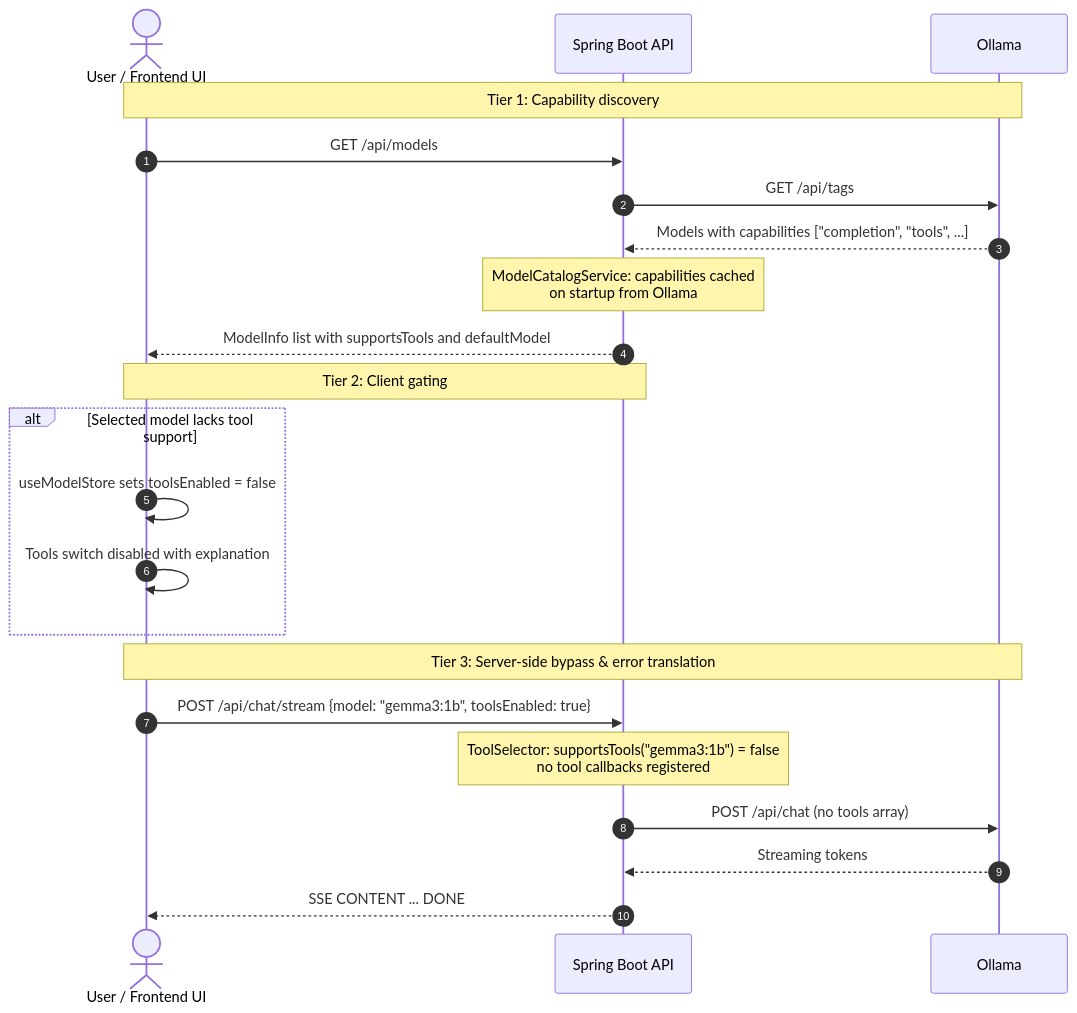
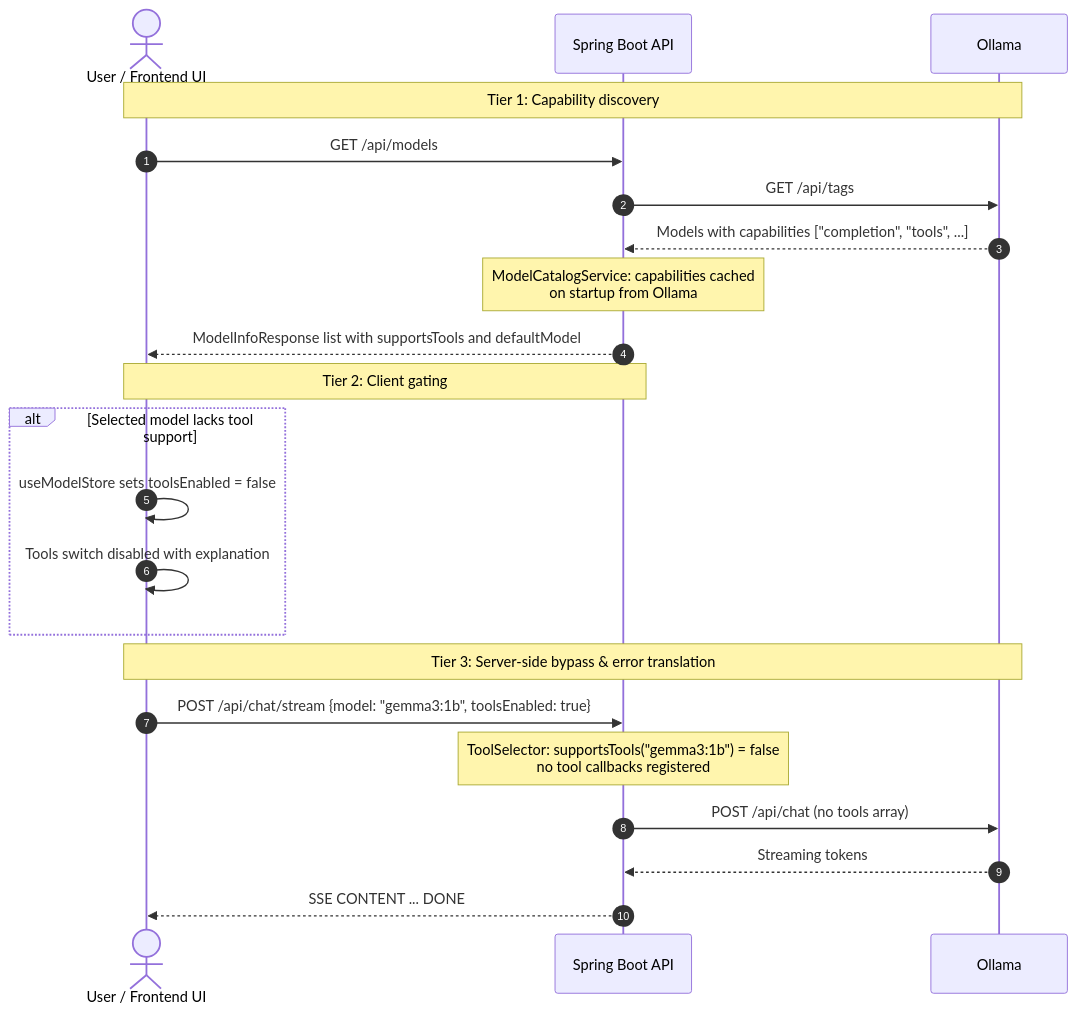
Before and after one commit to gitApurv/LocalMind: the fourth of 5 diagrams in docs/DESIGN.md, drawn with Mermaid. The commit also changed other lines of this file and 7 other files, not shown here.

````diff
--- a/docs/DESIGN.md
+++ b/docs/DESIGN.md
@@ -389,27 +389,27 @@
 ```mermaid
 sequenceDiagram
     autonumber
     actor User as User / Frontend UI
     participant Backend as Spring Boot API
     participant Ollama as Ollama
 
     Note over User, Ollama: Tier 1: Capability discovery
     User->>Backend: GET /api/models
     Backend->>Ollama: GET /api/tags
     Ollama-->>Backend: Models with capabilities ["completion", "tools", ...]
     Note over Backend: ModelCatalogService: capabilities cached<br/>on startup from Ollama
-    Backend-->>User: ModelInfo list with supportsTools and defaultModel
+    Backend-->>User: ModelInfoResponse list with supportsTools and defaultModel
 
     Note over User, Backend: Tier 2: Client gating
     alt Selected model lacks tool support
         User->>User: useModelStore sets toolsEnabled = false
         User->>User: Tools switch disabled with explanation
     end
 
     Note over User, Ollama: Tier 3: Server-side bypass & error translation
     User->>Backend: POST /api/chat/stream {model: "gemma3:1b", toolsEnabled: true}
     Note over Backend: ToolSelector: supportsTools("gemma3:1b") = false<br/>no tool callbacks registered
     Backend->>Ollama: POST /api/chat (no tools array)
     Ollama-->>Backend: Streaming tokens
     Backend-->>User: SSE CONTENT ... DONE
 ```
````
